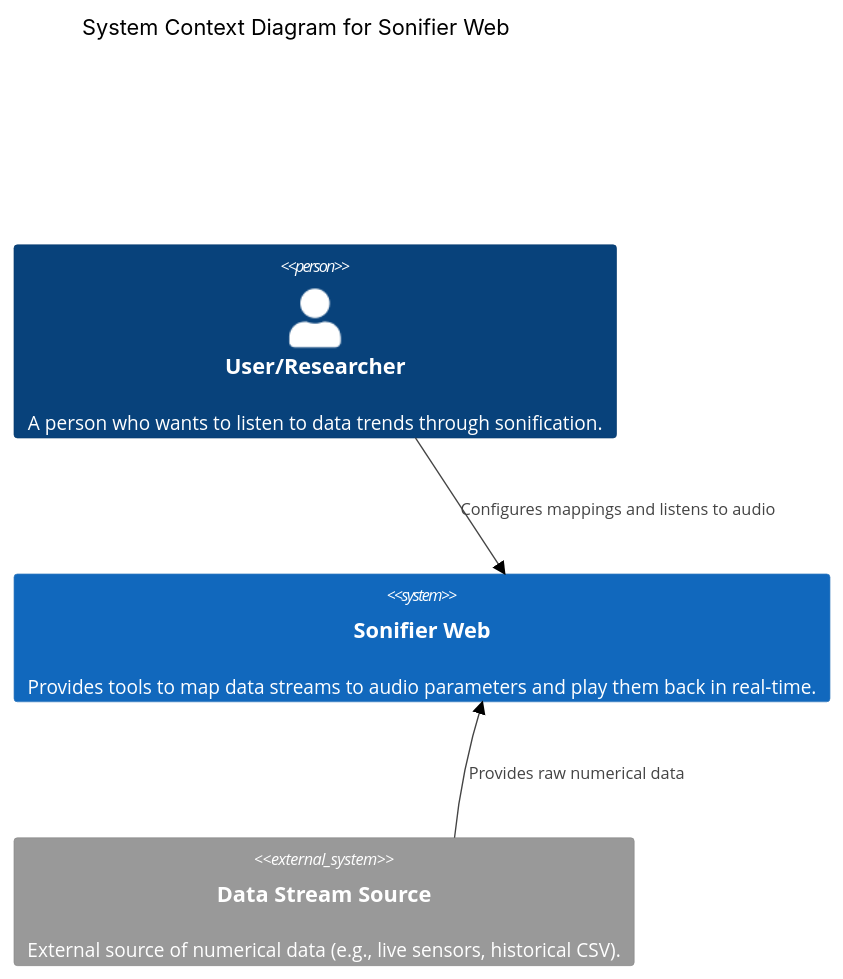
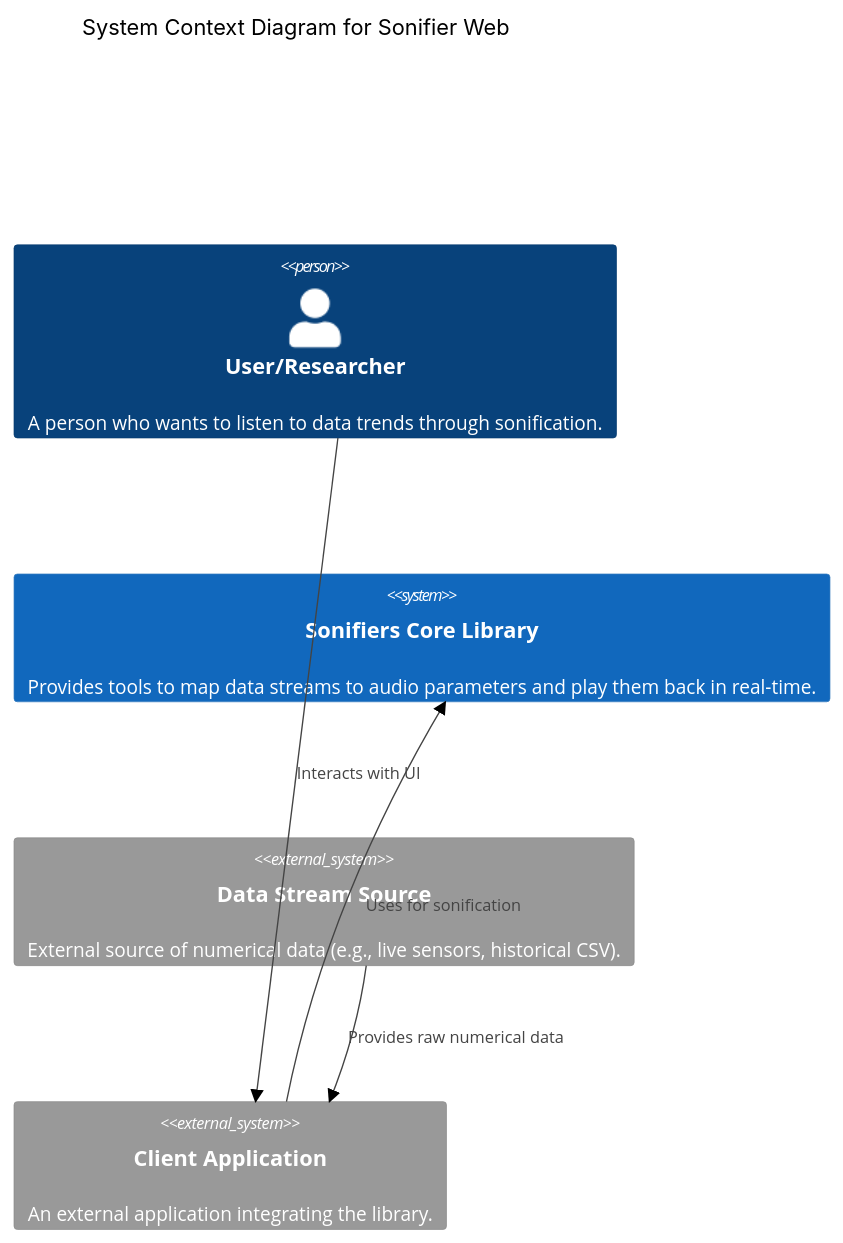
Before and after one commit to grahamsw/sonifier-web: the first of 3 diagrams in ARCHITECTURE.md, drawn with Mermaid (neutral theme). The commit also changed other lines of this file and 7 other files, not shown here.

Commit message:
docs: clarify library vs demo app boundaries in architecture and readme

````diff
--- a/ARCHITECTURE.md
+++ b/ARCHITECTURE.md
@@ -9,11 +9,13 @@
 ```mermaid
 C4Context
     title System Context Diagram for Sonifier Web
 
     Person(user, "User/Researcher", "A person who wants to listen to data trends through sonification.")
-    System(sonifierWeb, "Sonifier Web", "Provides tools to map data streams to audio parameters and play them back in real-time.")
+    System(sonifierWeb, "Sonifiers Core Library", "Provides tools to map data streams to audio parameters and play them back in real-time.")
     System_Ext(dataStream, "Data Stream Source", "External source of numerical data (e.g., live sensors, historical CSV).")
+    System_Ext(clientApp, "Client Application", "An external application integrating the library.")
 
-    Rel(user, sonifierWeb, "Configures mappings and listens to audio")
-    Rel(dataStream, sonifierWeb, "Provides raw numerical data")
+    Rel(user, clientApp, "Interacts with UI")
+    Rel(clientApp, sonifierWeb, "Uses for sonification")
+    Rel(dataStream, clientApp, "Provides raw numerical data")
 ```
````
